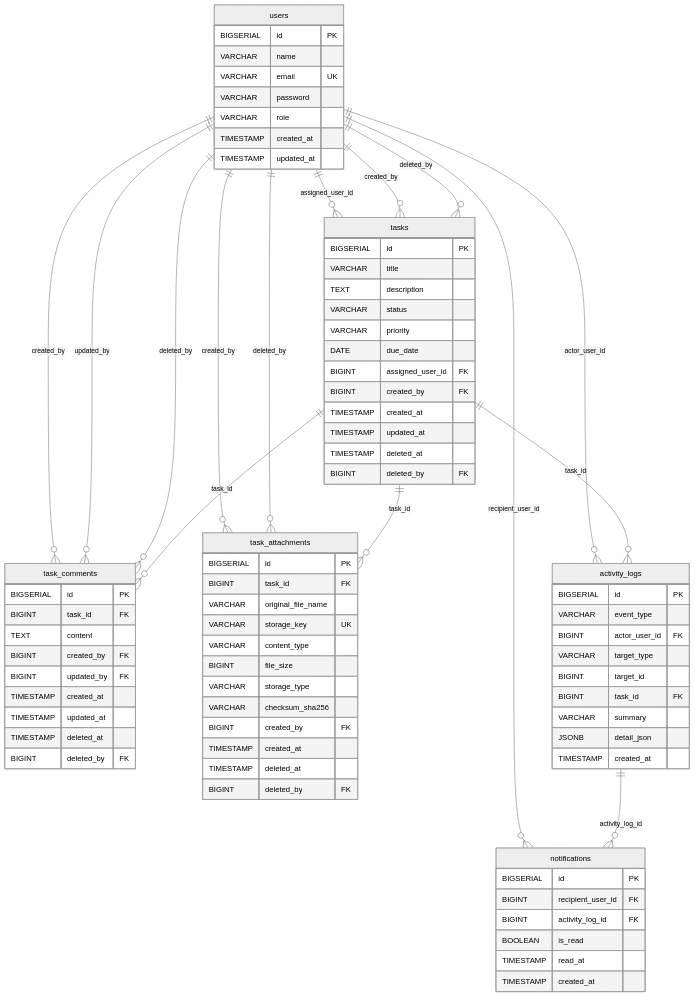
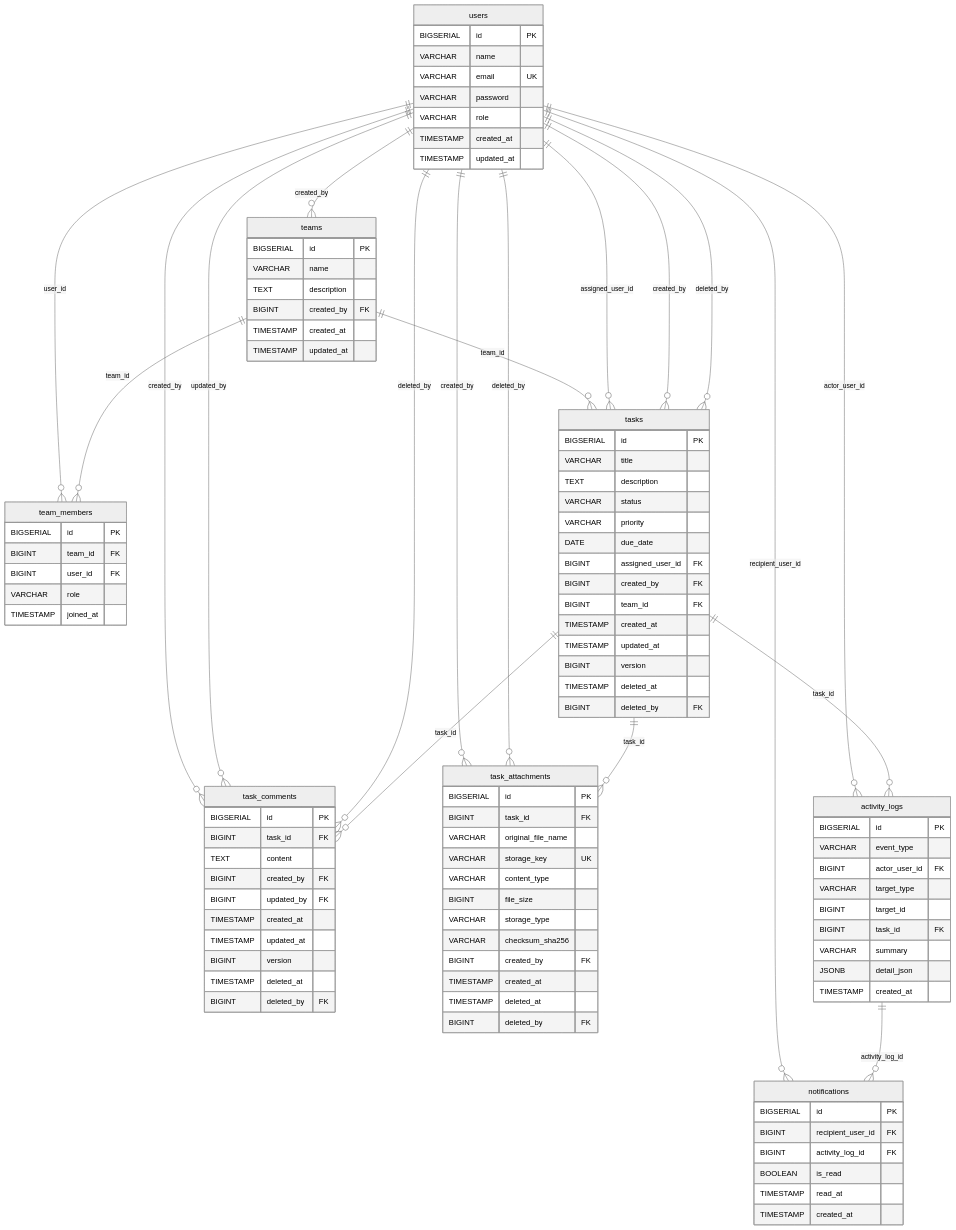
One commit to kitune-udon/task-manager-app changed the diagram in docs/01_設計/04_DB設計書.md. Above: the diagram before and after it, drawn with Mermaid (neutral theme). The commit also changed other lines of this file and 9 other files, not shown here.

````diff
--- a/docs/01_設計/04_DB設計書.md
+++ b/docs/01_設計/04_DB設計書.md
@@ -76,5 +90,10 @@
 ```mermaid
 erDiagram
+    users ||--o{ teams : "created_by"
+    users ||--o{ team_members : "user_id"
+    teams ||--o{ team_members : "team_id"
+    teams ||--o{ tasks : "team_id"
+
     users ||--o{ tasks : "assigned_user_id"
     users ||--o{ tasks : "created_by"
     users ||--o{ tasks : "deleted_by"
@@ -102,6 +121,23 @@
         TIMESTAMP updated_at
     }
 
+    teams {
+        BIGSERIAL id PK
+        VARCHAR name
+        TEXT description
+        BIGINT created_by FK
+        TIMESTAMP created_at
+        TIMESTAMP updated_at
+    }
+
+    team_members {
+        BIGSERIAL id PK
+        BIGINT team_id FK
+        BIGINT user_id FK
+        VARCHAR role
+        TIMESTAMP joined_at
+    }
+
     tasks {
         BIGSERIAL id PK
         VARCHAR title
@@ -111,8 +147,10 @@
         DATE due_date
         BIGINT assigned_user_id FK
         BIGINT created_by FK
+        BIGINT team_id FK
         TIMESTAMP created_at
         TIMESTAMP updated_at
+        BIGINT version
         TIMESTAMP deleted_at
         BIGINT deleted_by FK
     }
@@ -125,6 +163,7 @@
         BIGINT updated_by FK
         TIMESTAMP created_at
         TIMESTAMP updated_at
+        BIGINT version
         TIMESTAMP deleted_at
         BIGINT deleted_by FK
     }
````
